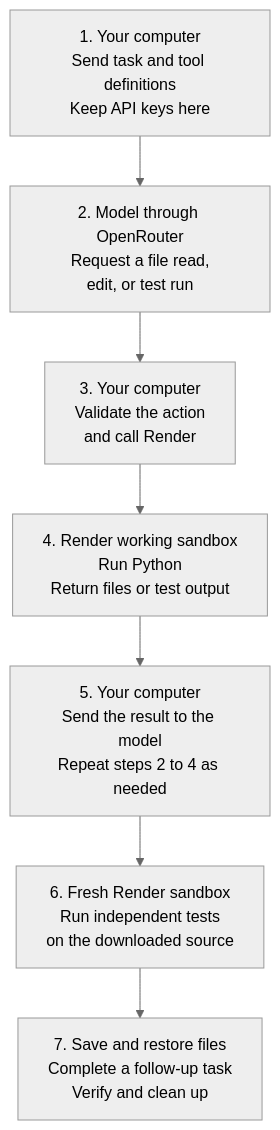
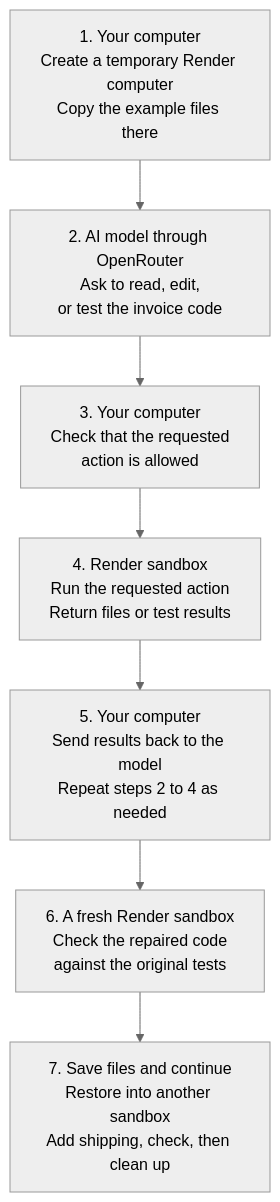
One commit to ojusave/openrouter-sandboxes changed the diagram in guides/openrouter-sandboxes.md. Above: the diagram before and after it, drawn with Mermaid (neutral theme). The commit also changed other lines of this file and 3 other files, not shown here.

Commit message:
Explain sandboxes and the example flow for beginners

````diff
--- a/guides/openrouter-sandboxes.md
+++ b/guides/openrouter-sandboxes.md
@@ -14,11 +29,11 @@
 ```mermaid
 flowchart TB
-    A["1. Your computer<br/>Send task and tool definitions<br/>Keep API keys here"]
-    B["2. Model through OpenRouter<br/>Request a file read,<br/>edit, or test run"]
-    C["3. Your computer<br/>Validate the action<br/>and call Render"]
-    D["4. Render working sandbox<br/>Run Python<br/>Return files or test output"]
-    E["5. Your computer<br/>Send the result to the model<br/>Repeat steps 2 to 4 as needed"]
-    F["6. Fresh Render sandbox<br/>Run independent tests<br/>on the downloaded source"]
-    G["7. Save and restore files<br/>Complete a follow-up task<br/>Verify and clean up"]
+    A["1. Your computer<br/>Create a temporary Render computer<br/>Copy the example files there"]
+    B["2. AI model through OpenRouter<br/>Ask to read, edit,<br/>or test the invoice code"]
+    C["3. Your computer<br/>Check that the requested<br/>action is allowed"]
+    D["4. Render sandbox<br/>Run the requested action<br/>Return files or test results"]
+    E["5. Your computer<br/>Send results back to the model<br/>Repeat steps 2 to 4 as needed"]
+    F["6. A fresh Render sandbox<br/>Check the repaired code<br/>against the original tests"]
+    G["7. Save files and continue<br/>Restore into another sandbox<br/>Add shipping, check, then clean up"]
     A --> B --> C --> D --> E --> F --> G
 ```
````
